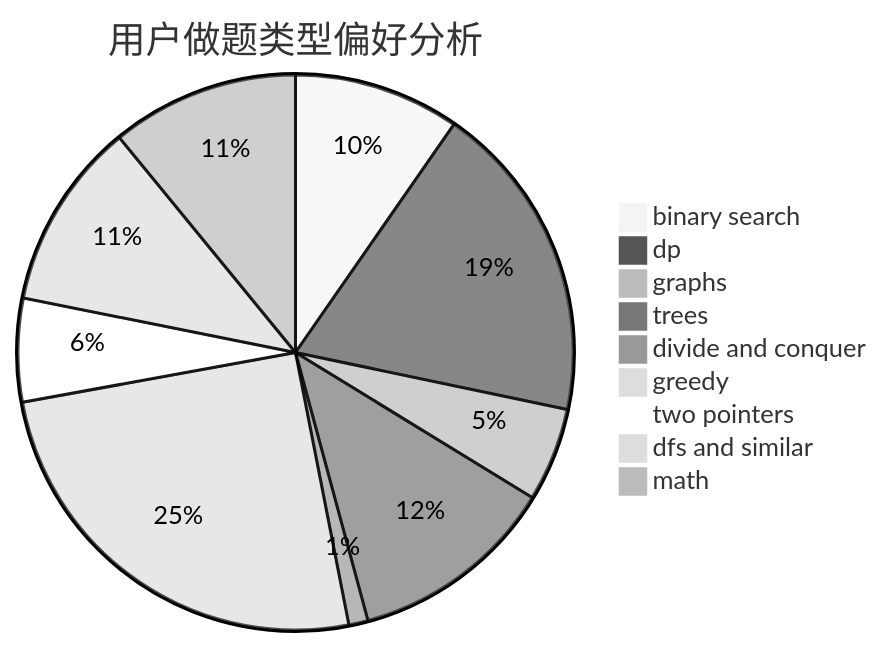
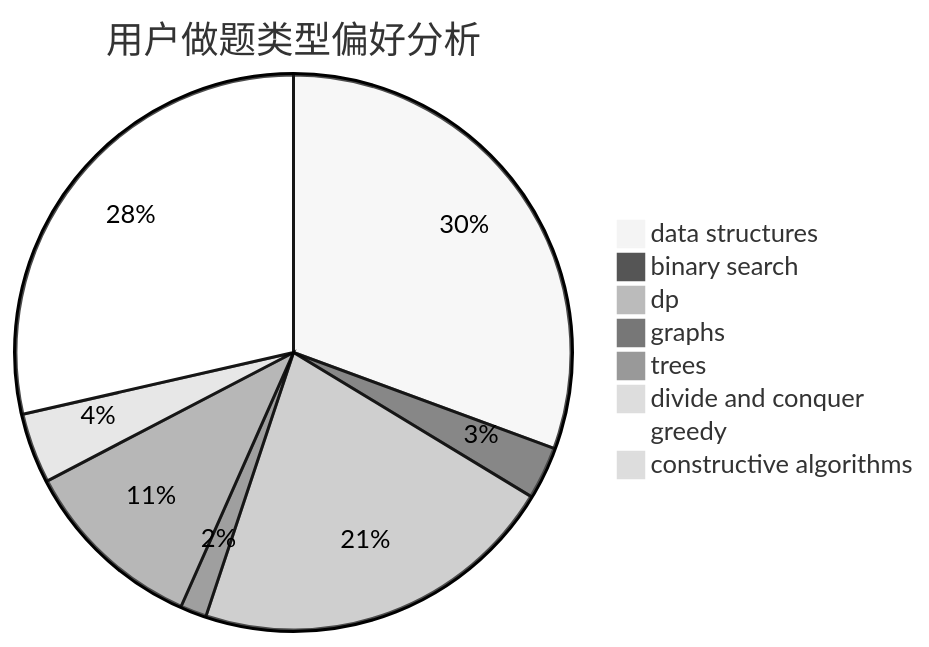
Before and after one commit to sherpahu/cfrs.github.io: the second of 3 diagrams in docs/user/u2421.md, drawn with Mermaid (neutral theme). The commit also changed other lines of this file and 2775 other files, not shown here.

````diff
--- a/docs/user/u2421.md
+++ b/docs/user/u2421.md
@@ -23,12 +23,11 @@
 ```mermaid
 pie title 用户做题类型偏好分析
-    "binary search" :  69
-    "dp" :  133
-    "graphs" :  39
-    "trees" :  86
+    "data structures" :  60
+    "binary search" :  6
+    "dp" :  42
+    "graphs" :  3
+    "trees" :  21
     "divide and conquer" :  8
-    "greedy" :  180
-    "two pointers" :  43
-    "dfs and similar" :  78
-    "math" :  78
+    "greedy" :  56
+    "constructive algorithms" :  1
 ```
````
